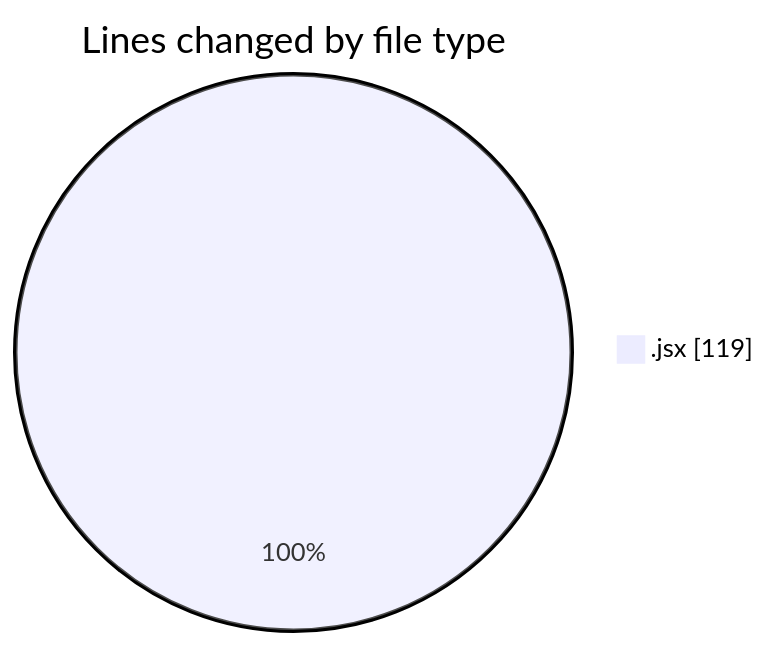
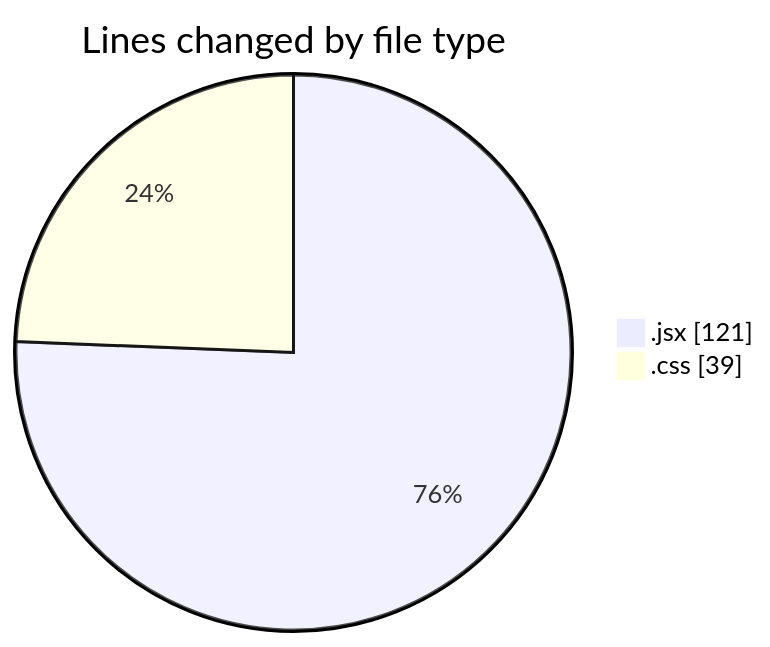
One commit to Elitesun/code-tracking changed the first of 2 diagrams in 2025-02-06/react_ecom/README.md. Above: the diagram before and after it, drawn with Mermaid. The commit also changed other lines of this file and 1 other file, not shown here.

````diff
--- a/2025-02-06/react_ecom/README.md
+++ b/2025-02-06/react_ecom/README.md
@@ -22,5 +23,6 @@
 ```mermaid
 pie showData
 title Lines changed by file type
-".jsx" : 119
+".jsx" : 121
+".css" : 39
 ```
````
